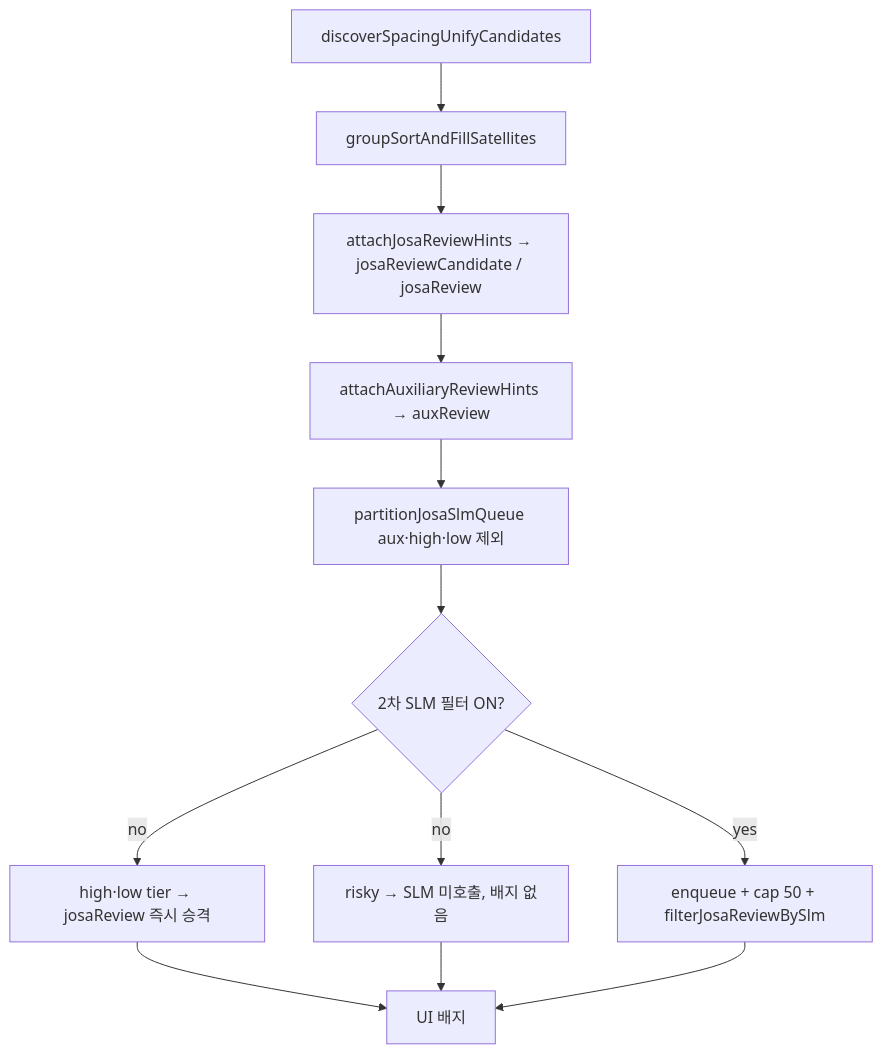
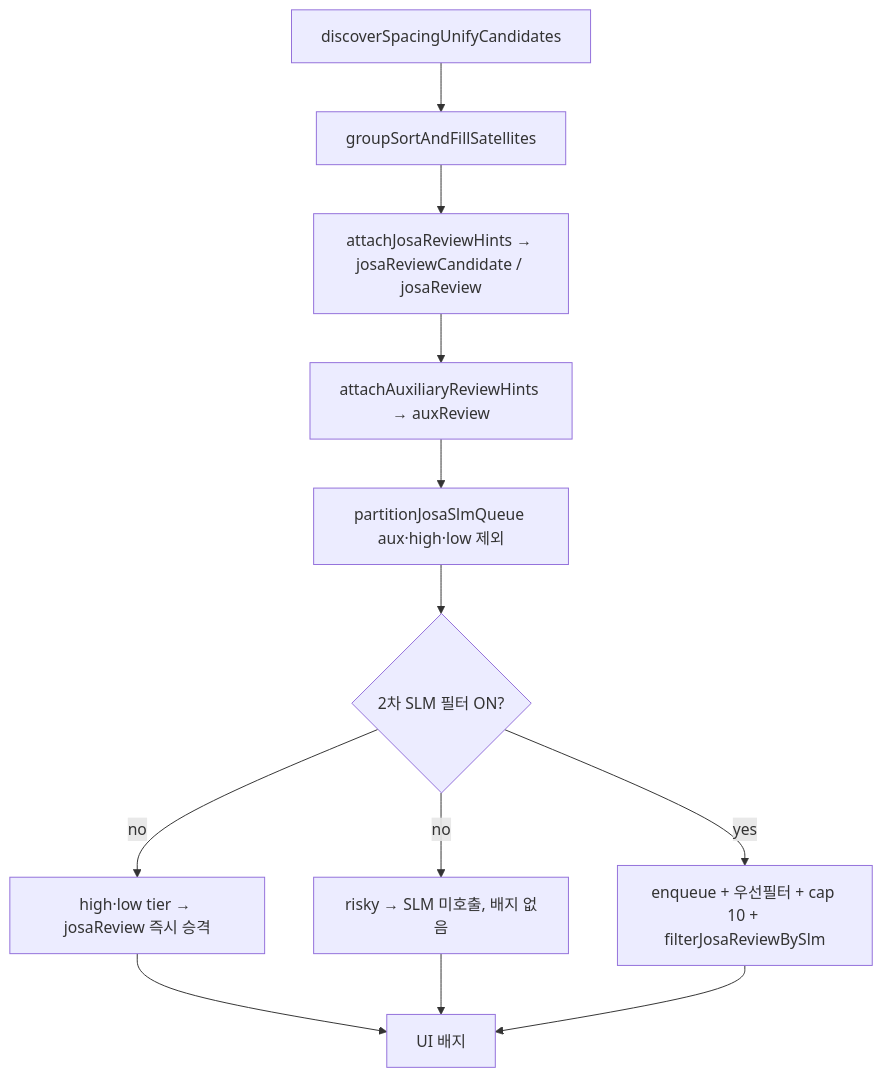
Before and after one commit to indiya-momo/REDPEN: the diagram in project-docs/unify-josa-review-slm-sketch.md, drawn with Mermaid. The commit also changed other lines of this file and 28 other files, not shown here.

````diff
--- a/project-docs/unify-josa-review-slm-sketch.md
+++ b/project-docs/unify-josa-review-slm-sketch.md
@@ -38,14 +38,14 @@
 ```mermaid
 flowchart TD
   A[discoverSpacingUnifyCandidates] --> B[groupSortAndFillSatellites]
   B --> C[attachJosaReviewHints → josaReviewCandidate / josaReview]
   C --> D[attachAuxiliaryReviewHints → auxReview]
   D --> E[partitionJosaSlmQueue aux·high·low 제외]
   E --> F{2차 SLM 필터 ON?}
   F -->|no| G[high·low tier → josaReview 즉시 승격]
   F -->|no| G2[risky → SLM 미호출, 배지 없음]
-  F -->|yes| H[enqueue + cap 50 + filterJosaReviewBySlm]
+  F -->|yes| H[enqueue + 우선필터 + cap 10 + filterJosaReviewBySlm]
   G --> I[UI 배지]
   G2 --> I
   H --> I
 ```
````
